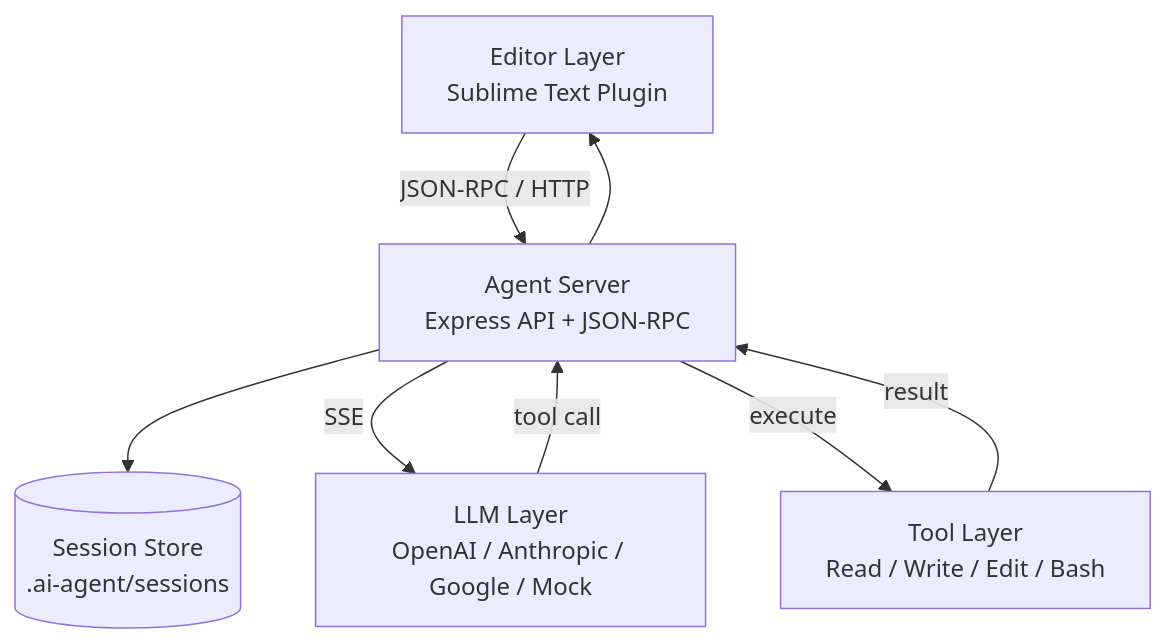
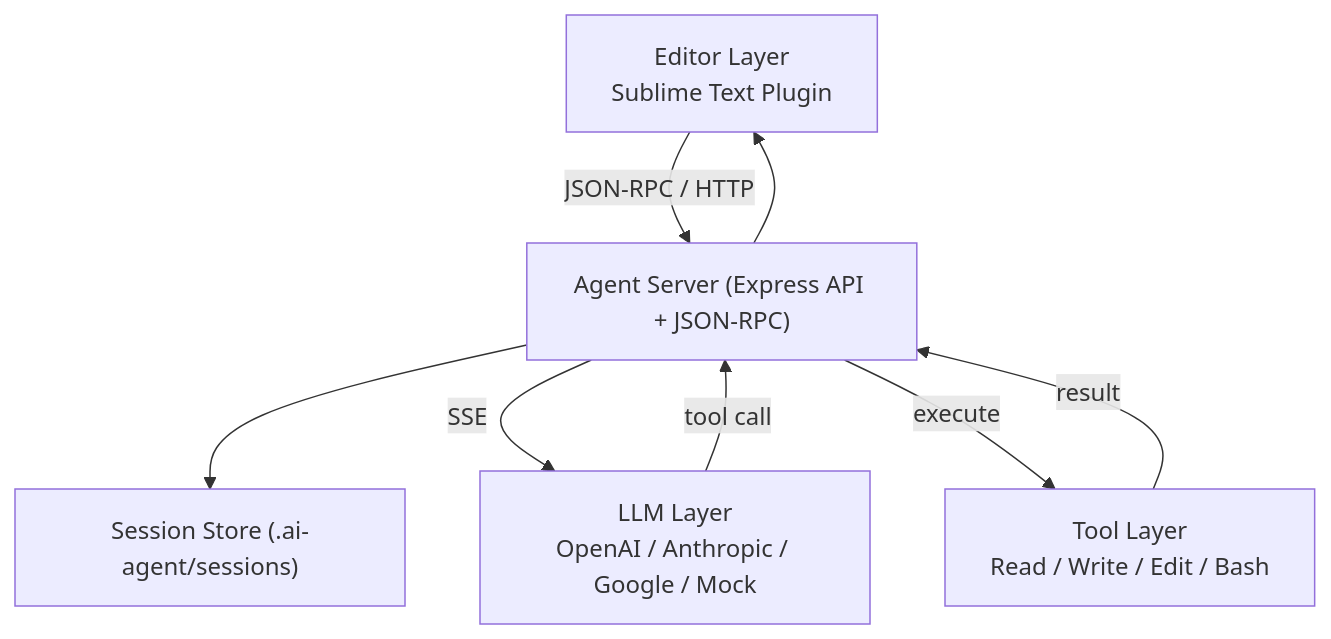
One commit to junsang-dong/vibe_0203_maclaw_v1 changed the second of 2 diagrams in README.md. Above: the diagram before and after it, drawn with Mermaid. The commit also changed other lines of this file and 3 other files, not shown here.

````diff
--- a/README.md
+++ b/README.md
@@ -47,16 +49,16 @@
 ```mermaid
 flowchart TB
   Editor[Editor Layer\nSublime Text Plugin]
-  Server[Agent Server\nExpress API + JSON-RPC]
-  Session[(Session Store\n.ai-agent/sessions)]
+  Server["Agent Server (Express API + JSON-RPC)"]
+  Session["Session Store (.ai-agent/sessions)"]
   LLM[LLM Layer\nOpenAI / Anthropic / Google / Mock]
   Tools[Tool Layer\nRead / Write / Edit / Bash]
 
   Editor -->|JSON-RPC / HTTP| Server
   Server --> Session
   Server -->|SSE| LLM
   LLM -->|tool call| Server
   Server -->|execute| Tools
   Tools -->|result| Server
   Server --> Editor
 ```
````
